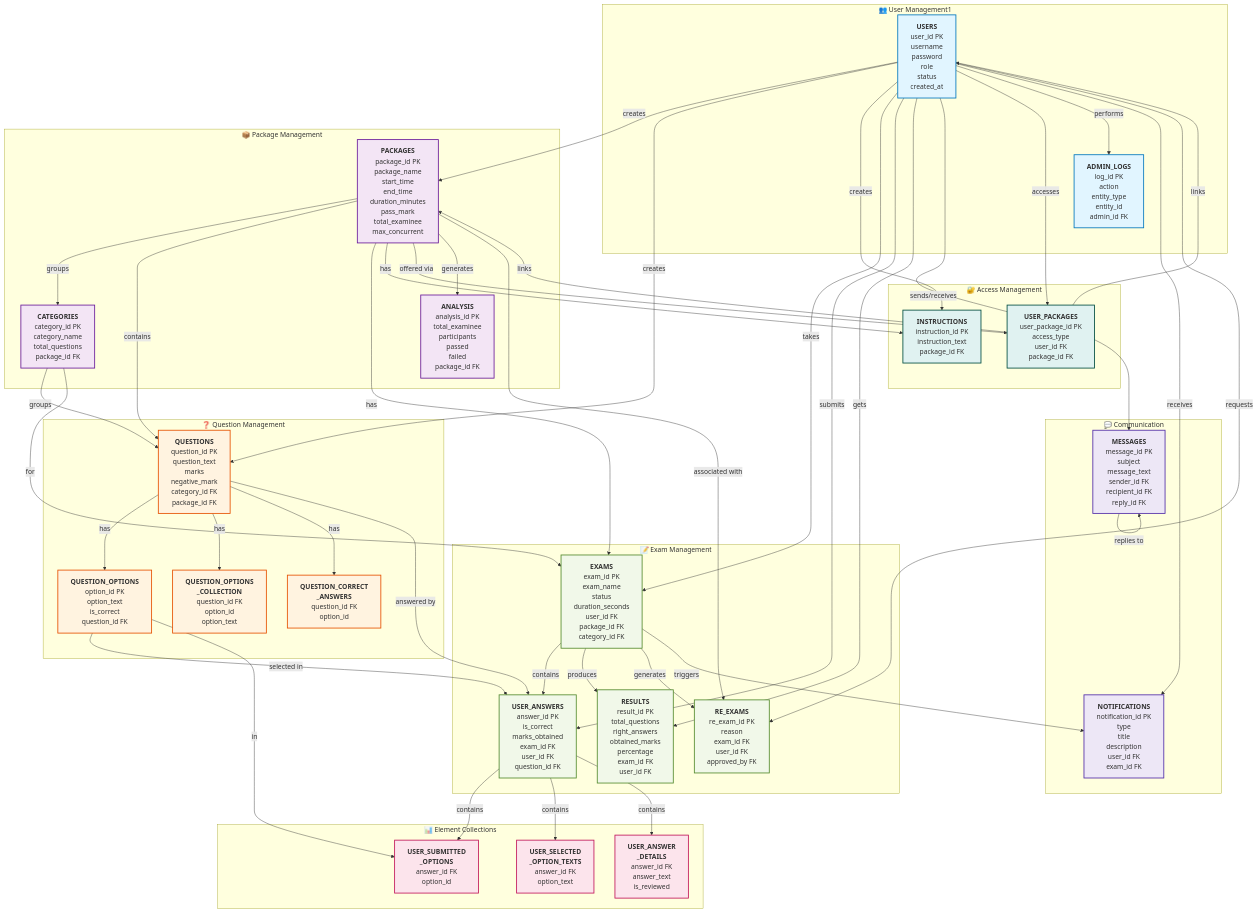
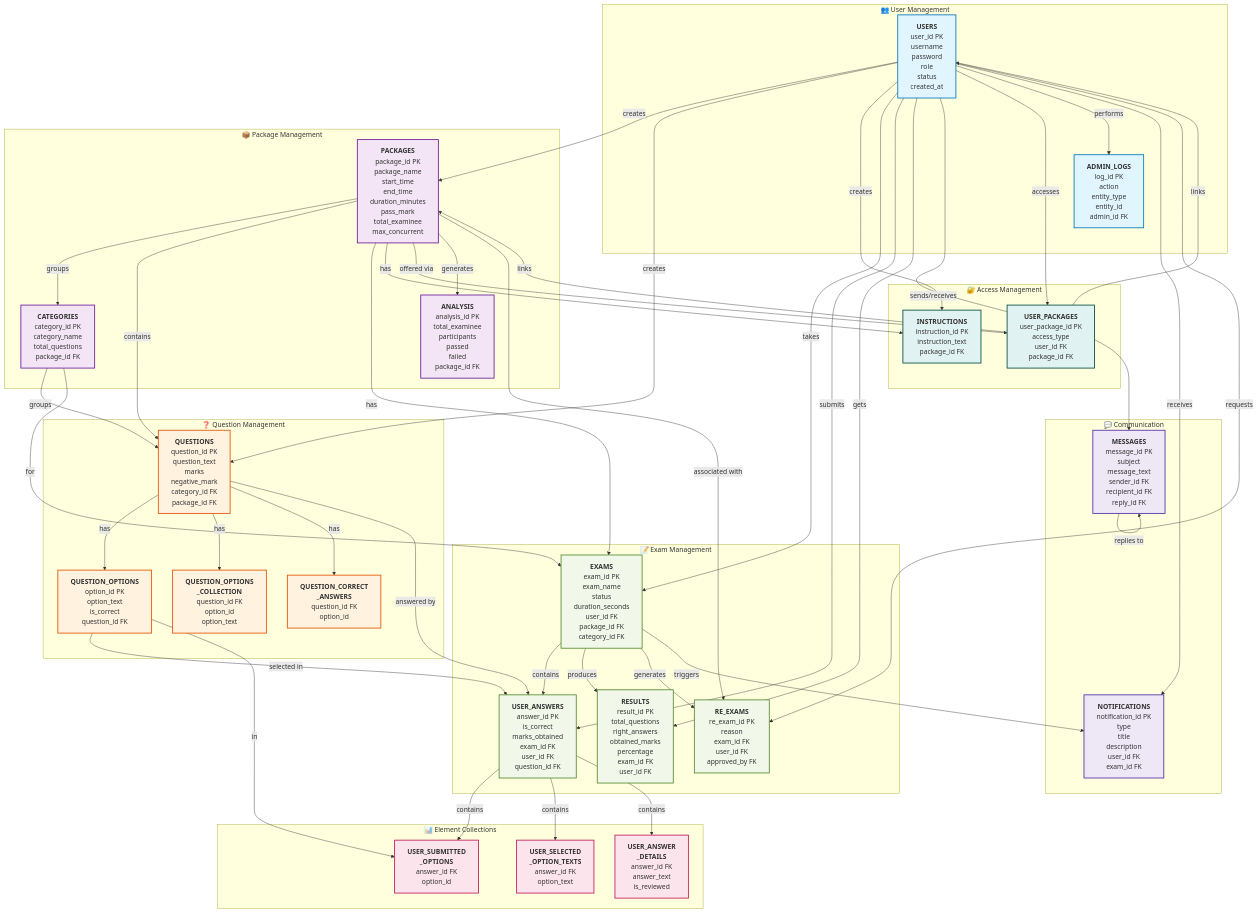
The diagram in database design/exam_system_detailed_erd.mermaid (saddamhdev/icsQuiz), drawn with Mermaid before and after one commit.

```diff
--- a/database design/exam_system_detailed_erd.mermaid
+++ b/database design/exam_system_detailed_erd.mermaid
@@ -1,112 +1,112 @@
 graph TB
-    subgraph Users["👥 User Management1"]
+    subgraph Users["👥 User Management"]
         USERS["<b>USERS</b><br/>user_id PK<br/>username<br/>password<br/>role<br/>status<br/>created_at"]
         ADMIN_LOGS["<b>ADMIN_LOGS</b><br/>log_id PK<br/>action<br/>entity_type<br/>entity_id<br/>admin_id FK"]
     end
     
     subgraph Packages["📦 Package Management"]
         PACKAGES["<b>PACKAGES</b><br/>package_id PK<br/>package_name<br/>start_time<br/>end_time<br/>duration_minutes<br/>pass_mark<br/>total_examinee<br/>max_concurrent"]
         CATEGORIES["<b>CATEGORIES</b><br/>category_id PK<br/>category_name<br/>total_questions<br/>package_id FK"]
         ANALYSIS["<b>ANALYSIS</b><br/>analysis_id PK<br/>total_examinee<br/>participants<br/>passed<br/>failed<br/>package_id FK"]
     end
     
     subgraph Questions["❓ Question Management"]
         QUESTIONS["<b>QUESTIONS</b><br/>question_id PK<br/>question_text<br/>marks<br/>negative_mark<br/>category_id FK<br/>package_id FK"]
         QUESTION_OPTIONS["<b>QUESTION_OPTIONS</b><br/>option_id PK<br/>option_text<br/>is_correct<br/>question_id FK"]
         QOC["<b>QUESTION_OPTIONS<br/>_COLLECTION</b><br/>question_id FK<br/>option_id<br/>option_text"]
         QCA["<b>QUESTION_CORRECT<br/>_ANSWERS</b><br/>question_id FK<br/>option_id"]
     end
     
     subgraph Exams["📝 Exam Management"]
         EXAMS["<b>EXAMS</b><br/>exam_id PK<br/>exam_name<br/>status<br/>duration_seconds<br/>user_id FK<br/>package_id FK<br/>category_id FK"]
         USER_ANSWERS["<b>USER_ANSWERS</b><br/>answer_id PK<br/>is_correct<br/>marks_obtained<br/>exam_id FK<br/>user_id FK<br/>question_id FK"]
         RESULTS["<b>RESULTS</b><br/>result_id PK<br/>total_questions<br/>right_answers<br/>obtained_marks<br/>percentage<br/>exam_id FK<br/>user_id FK"]
         RE_EXAMS["<b>RE_EXAMS</b><br/>re_exam_id PK<br/>reason<br/>exam_id FK<br/>user_id FK<br/>approved_by FK"]
     end
     
     subgraph Collections["📊 Element Collections"]
         USO["<b>USER_SUBMITTED<br/>_OPTIONS</b><br/>answer_id FK<br/>option_id"]
         USOT["<b>USER_SELECTED<br/>_OPTION_TEXTS</b><br/>answer_id FK<br/>option_text"]
         UAD["<b>USER_ANSWER<br/>_DETAILS</b><br/>answer_id FK<br/>answer_text<br/>is_reviewed"]
     end
     
     subgraph Communication["💬 Communication"]
         MESSAGES["<b>MESSAGES</b><br/>message_id PK<br/>subject<br/>message_text<br/>sender_id FK<br/>recipient_id FK<br/>reply_id FK"]
         NOTIFICATIONS["<b>NOTIFICATIONS</b><br/>notification_id PK<br/>type<br/>title<br/>description<br/>user_id FK<br/>exam_id FK"]
     end
     
     subgraph Access["🔐 Access Management"]
         USER_PACKAGES["<b>USER_PACKAGES</b><br/>user_package_id PK<br/>access_type<br/>user_id FK<br/>package_id FK"]
         INSTRUCTIONS["<b>INSTRUCTIONS</b><br/>instruction_id PK<br/>instruction_text<br/>package_id FK"]
     end
     
     %% User Relationships
     USERS -->|creates| PACKAGES
     USERS -->|creates| QUESTIONS
     USERS -->|creates| INSTRUCTIONS
     USERS -->|takes| EXAMS
     USERS -->|submits| USER_ANSWERS
     USERS -->|gets| RESULTS
     USERS -->|sends/receives| MESSAGES
     USERS -->|accesses| USER_PACKAGES
     USERS -->|performs| ADMIN_LOGS
     USERS -->|receives| NOTIFICATIONS
     USERS -->|requests| RE_EXAMS
     
     %% Package Relationships
     PACKAGES -->|groups| CATEGORIES
     PACKAGES -->|contains| QUESTIONS
     PACKAGES -->|has| EXAMS
     PACKAGES -->|has| INSTRUCTIONS
     PACKAGES -->|offered via| USER_PACKAGES
     PACKAGES -->|generates| ANALYSIS
     PACKAGES -->|associated with| RE_EXAMS
     
     %% Category Relationships
     CATEGORIES -->|groups| QUESTIONS
     CATEGORIES -->|for| EXAMS
     
     %% Question Relationships
     QUESTIONS -->|has| QUESTION_OPTIONS
     QUESTIONS -->|has| QOC
     QUESTIONS -->|has| QCA
     QUESTIONS -->|answered by| USER_ANSWERS
     
     %% Question Options Relationships
     QUESTION_OPTIONS -->|selected in| USER_ANSWERS
     QUESTION_OPTIONS -->|in| USO
     
     %% Exam Relationships
     EXAMS -->|contains| USER_ANSWERS
     EXAMS -->|produces| RESULTS
     EXAMS -->|generates| RE_EXAMS
     EXAMS -->|triggers| NOTIFICATIONS
     
     %% User Answers Relationships
     USER_ANSWERS -->|contains| USO
     USER_ANSWERS -->|contains| USOT
     USER_ANSWERS -->|contains| UAD
     
     %% Message Relationships
     MESSAGES -->|replies to| MESSAGES
     
     %% Access Relationships
     USER_PACKAGES -->|links| USERS
     USER_PACKAGES -->|links| PACKAGES
     
     %% Styling
     classDef users fill:#e1f5ff,stroke:#0277bd,stroke-width:2px
     classDef packages fill:#f3e5f5,stroke:#6a1b9a,stroke-width:2px
     classDef questions fill:#fff3e0,stroke:#e65100,stroke-width:2px
     classDef exams fill:#f1f8e9,stroke:#558b2f,stroke-width:2px
     classDef collections fill:#fce4ec,stroke:#c2185b,stroke-width:2px
     classDef communication fill:#ede7f6,stroke:#512da8,stroke-width:2px
     classDef access fill:#e0f2f1,stroke:#004d40,stroke-width:2px
     
     class USERS,ADMIN_LOGS users
     class PACKAGES,CATEGORIES,ANALYSIS packages
     class QUESTIONS,QUESTION_OPTIONS,QOC,QCA questions
     class EXAMS,USER_ANSWERS,RESULTS,RE_EXAMS exams
     class USO,USOT,UAD collections
     class MESSAGES,NOTIFICATIONS communication
     class USER_PACKAGES,INSTRUCTIONS access
```
